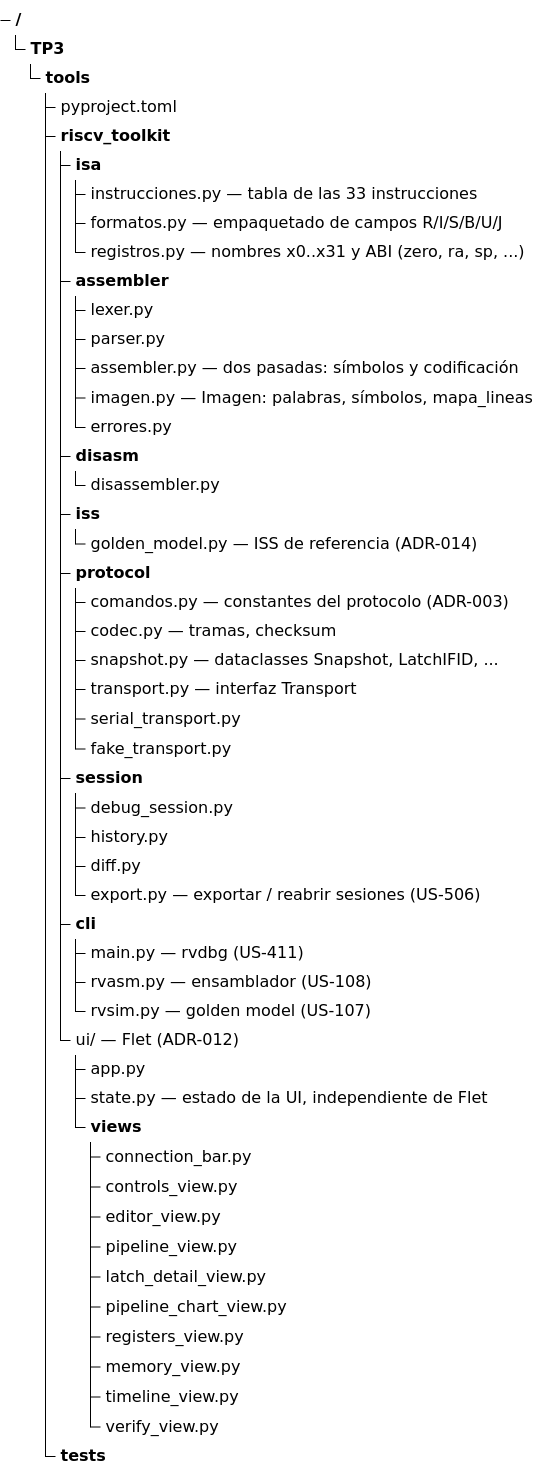
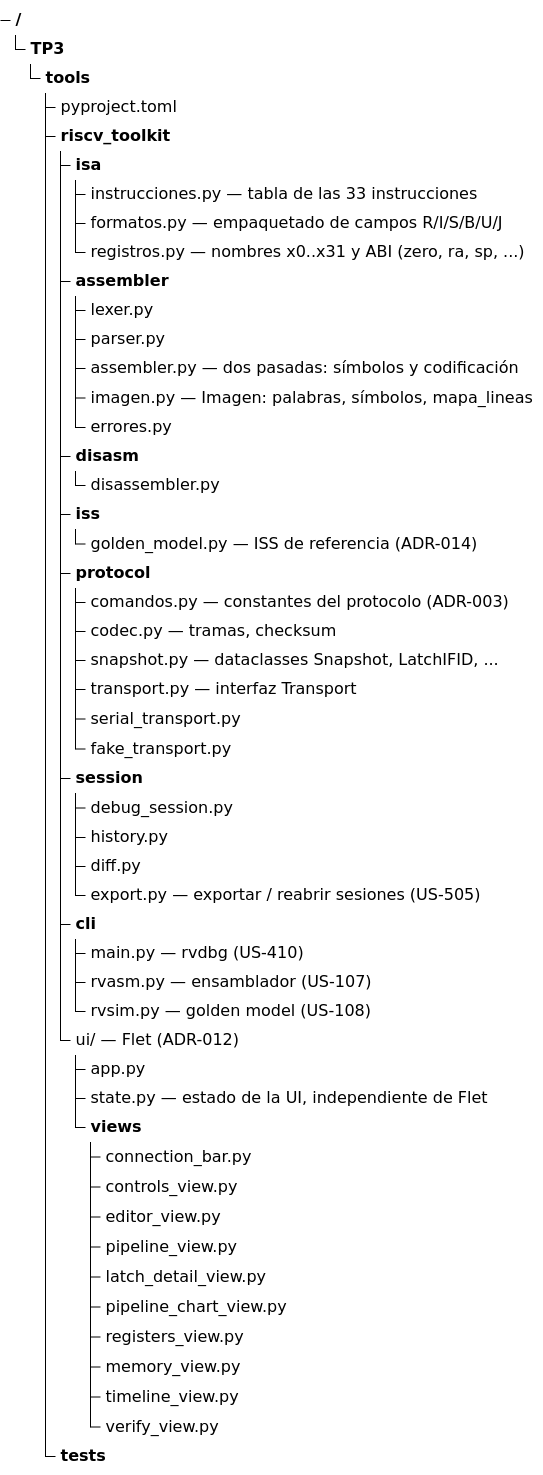
One commit to nicopinera/tps-arqui changed the second of 47 diagrams in docs/PRD-pipeline-riscv.md. Above: the diagram before and after it, drawn with Mermaid. The commit also changed other lines of this file and 15 other files, not shown here.

````diff
--- a/docs/PRD-pipeline-riscv.md
+++ b/docs/PRD-pipeline-riscv.md
@@ -252,52 +270,52 @@
 ```mermaid
 treeView-beta
     "TP3/"
         "tools/"
             "pyproject.toml"
             "riscv_toolkit/"
                 "isa/"
                     "instrucciones.py — tabla de las 33 instrucciones"
                     "formatos.py — empaquetado de campos R/I/S/B/U/J"
                     "registros.py — nombres x0..x31 y ABI (zero, ra, sp, ...)"
                 "assembler/"
                     "lexer.py"
                     "parser.py"
                     "assembler.py — dos pasadas: símbolos y codificación"
                     "imagen.py — Imagen: palabras, símbolos, mapa_lineas"
                     "errores.py"
                 "disasm/"
                     "disassembler.py"
                 "iss/"
                     "golden_model.py — ISS de referencia (ADR-014)"
                 "protocol/"
                     "comandos.py — constantes del protocolo (ADR-003)"
                     "codec.py — tramas, checksum"
                     "snapshot.py — dataclasses Snapshot, LatchIFID, ..."
                     "transport.py — interfaz Transport"
                     "serial_transport.py"
                     "fake_transport.py"
                 "session/"
                     "debug_session.py"
                     "history.py"
                     "diff.py"
-                    "export.py — exportar / reabrir sesiones (US-506)"
+                    "export.py — exportar / reabrir sesiones (US-505)"
                 "cli/"
-                    "main.py — rvdbg (US-411)"
-                    "rvasm.py — ensamblador (US-108)"
-                    "rvsim.py — golden model (US-107)"
+                    "main.py — rvdbg (US-410)"
+                    "rvasm.py — ensamblador (US-107)"
+                    "rvsim.py — golden model (US-108)"
                 "ui/ — Flet (ADR-012)"
                     "app.py"
                     "state.py — estado de la UI, independiente de Flet"
                     "views/"
                         "connection_bar.py"
                         "controls_view.py"
                         "editor_view.py"
                         "pipeline_view.py"
                         "latch_detail_view.py"
                         "pipeline_chart_view.py"
                         "registers_view.py"
                         "memory_view.py"
                         "timeline_view.py"
                         "verify_view.py"
             "tests/"
 ```
````
